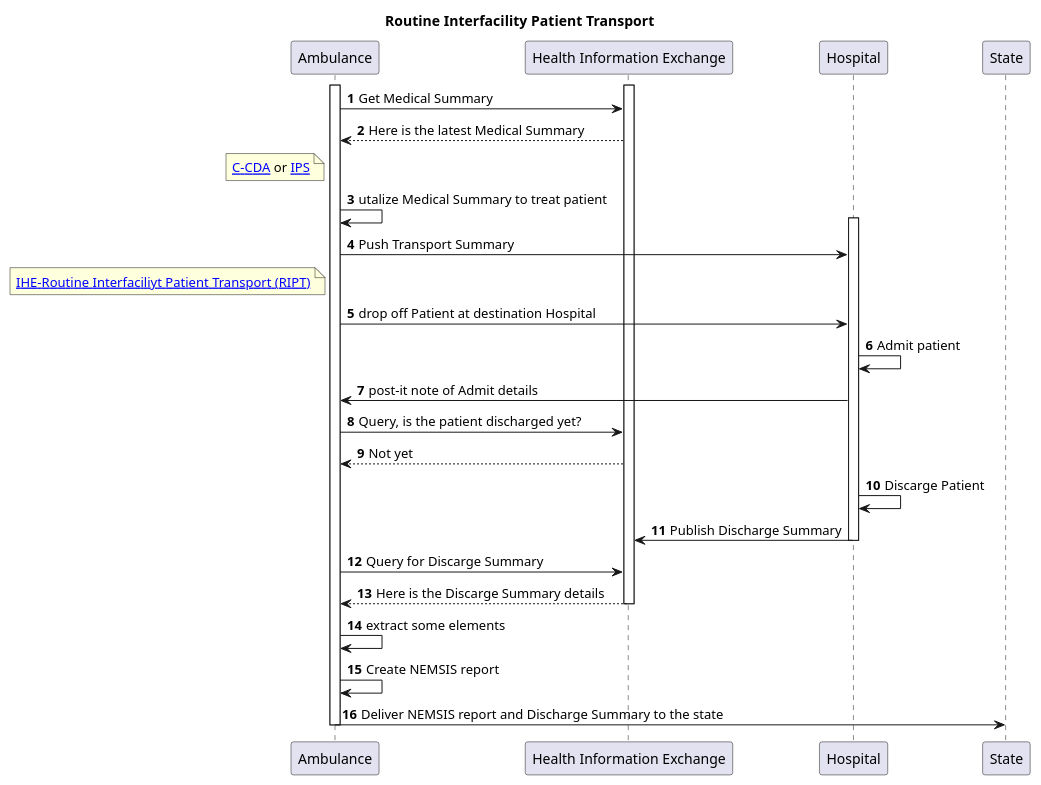
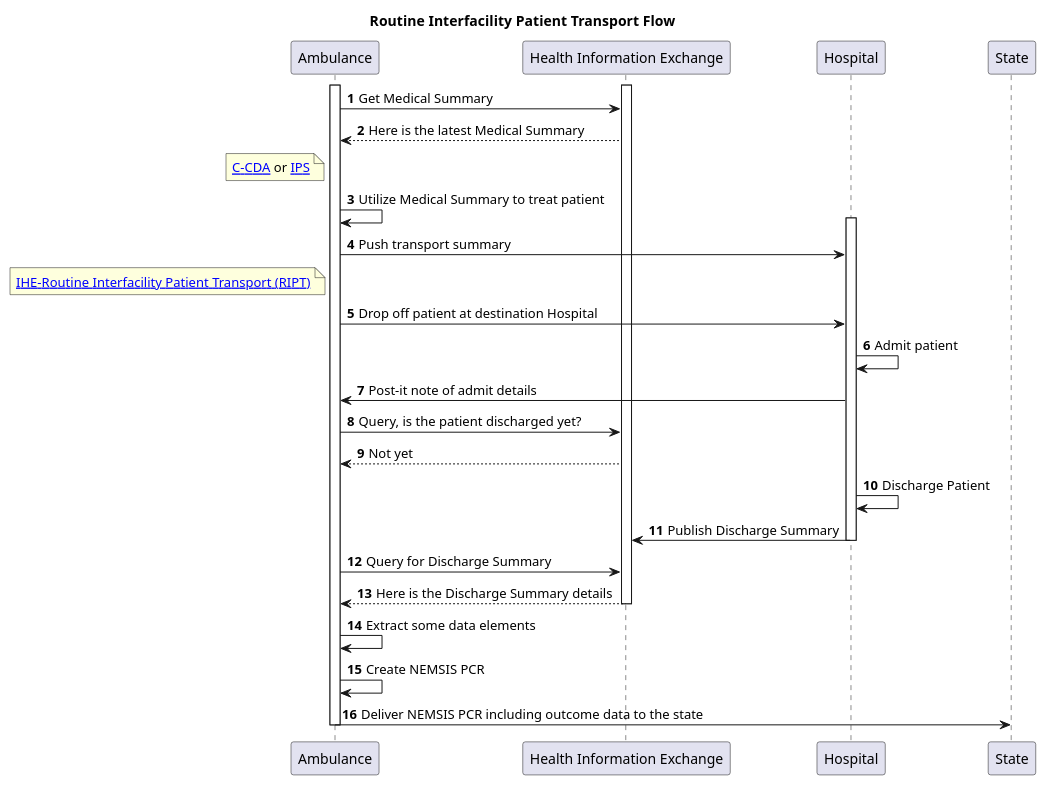
One commit to IHE/EMS-Overall changed the diagram in input/images-source/usecase2-processflow.plantuml. Above: the diagram before and after it, drawn with PlantUML. The commit also changed 4 other files, not shown here.

```diff
--- a/input/images-source/usecase2-processflow.plantuml
+++ b/input/images-source/usecase2-processflow.plantuml
@@ -1,41 +1,41 @@
 @startuml
-title Routine Interfacility Patient Transport
+title Routine Interfacility Patient Transport Flow
 participant "Ambulance" as Ambulance
 participant "Health Information Exchange" as HIE [[https://profiles.ihe.net/ITI/HIE-Whitepaper/index.html HIE-Whitepaper]]
 autonumber
 activate Ambulance
 activate HIE
 Ambulance -> HIE: Get Medical Summary
 Ambulance <-- HIE: Here is the latest Medical Summary
 Note left of Ambulance: [[https://www.hl7.org/ccdasearch/ C-CDA]] or [[https://hl7.org/fhir/uv/ips/ IPS]]
 
-Ambulance -> Ambulance: utalize Medical Summary to treat patient
+Ambulance -> Ambulance: Utilize Medical Summary to treat patient
 
 activate Hospital
-Ambulance -> Hospital: Push Transport Summary 
-Note left of Ambulance: [[https://www.ihe.net/uploadedFiles/Documents/PCC/IHE_PCC_Suppl_RIPT.pdf IHE-Routine Interfaciliyt Patient Transport (RIPT)]]
+Ambulance -> Hospital: Push transport summary 
+Note left of Ambulance: [[https://www.ihe.net/uploadedFiles/Documents/PCC/IHE_PCC_Suppl_RIPT.pdf IHE-Routine Interfacility Patient Transport (RIPT)]]
 
-Ambulance -> Hospital: drop off Patient at destination Hospital
+Ambulance -> Hospital: Drop off patient at destination Hospital
 
 Hospital-> Hospital: Admit patient
 
-Hospital -> Ambulance: post-it note of Admit details
+Hospital -> Ambulance: Post-it note of admit details
 
 Ambulance -> HIE: Query, is the patient discharged yet? 
 Ambulance <-- HIE: Not yet
 
-Hospital -> Hospital: Discarge Patient
+Hospital -> Hospital: Discharge Patient
 Hospital -> HIE: Publish Discharge Summary
 deactivate Hospital
 
-Ambulance -> HIE: Query for Discarge Summary
-Ambulance <-- HIE: Here is the Discarge Summary details
+Ambulance -> HIE: Query for Discharge Summary
+Ambulance <-- HIE: Here is the Discharge Summary details
 deactivate HIE
 
-Ambulance -> Ambulance: extract some elements
-Ambulance -> Ambulance: Create NEMSIS report
-Ambulance -> State: Deliver NEMSIS report and Discharge Summary to the state
+Ambulance -> Ambulance: Extract some data elements
+Ambulance -> Ambulance: Create NEMSIS PCR
+Ambulance -> State: Deliver NEMSIS PCR including outcome data to the state
 
 deactivate Ambulance
 
 @enduml
```
